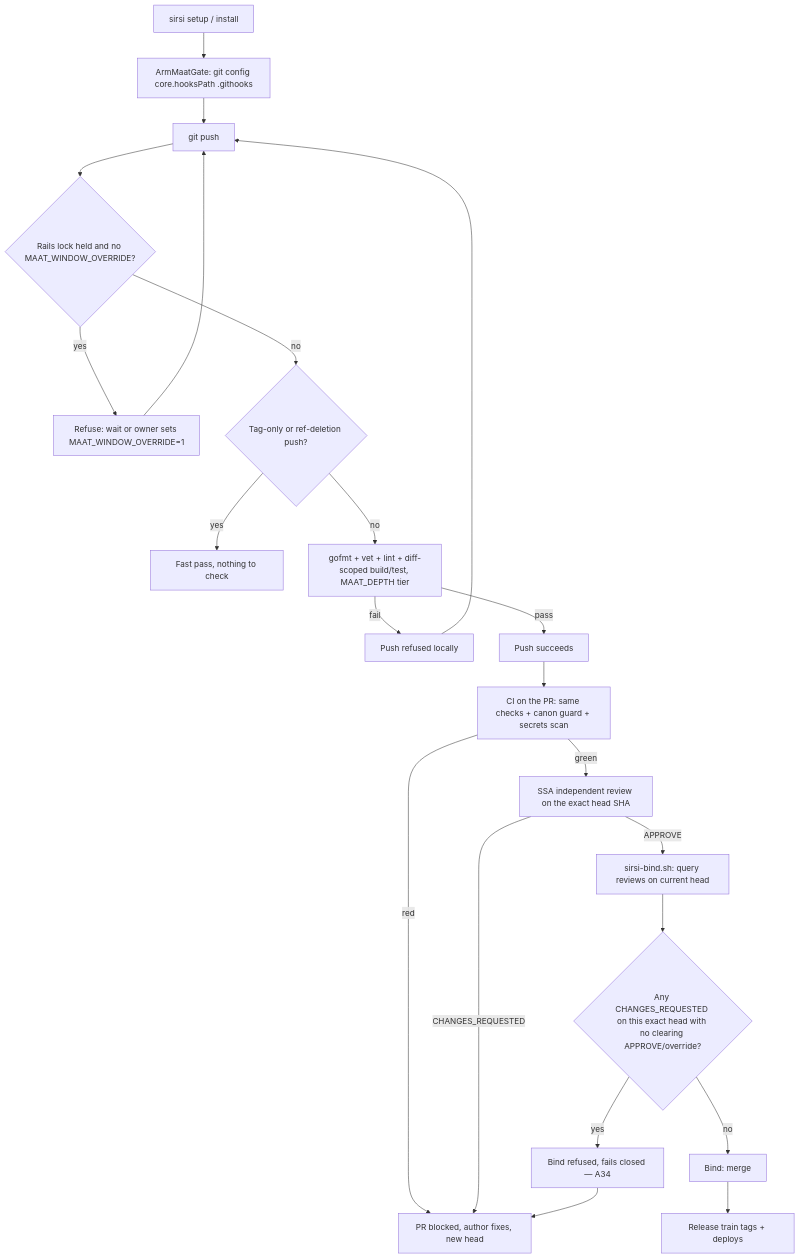
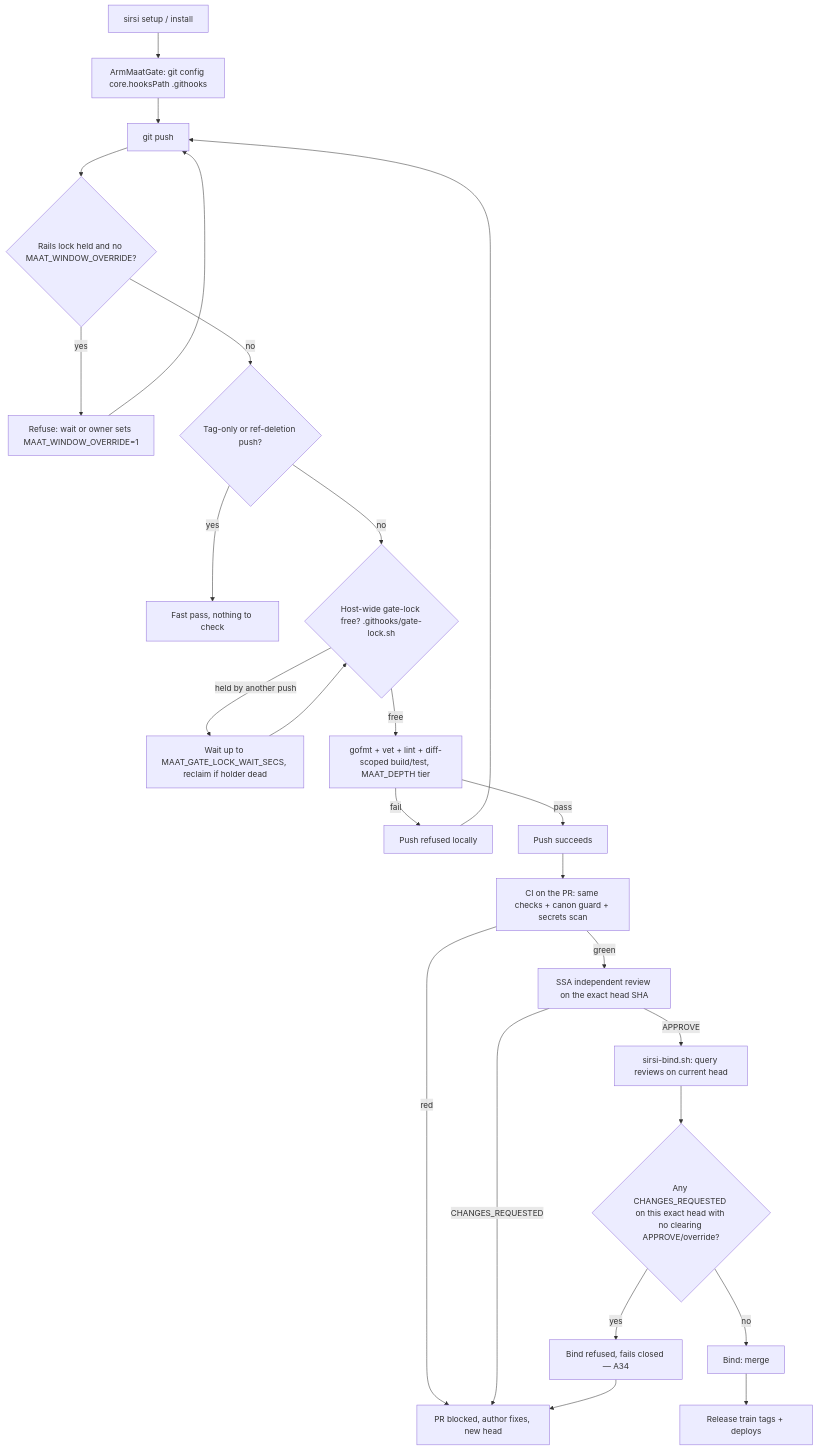
Before and after one commit to SirsiMaster/sirsi-pantheon: the first of 3 diagrams in docs/stacklab/diagrams/RA-P18-maat-gate.md, drawn with Mermaid. The commit also changed other lines of this file, not shown here.

First line of the commit message:
docs(stacklab): RA-P18 — catalog not consulted by hook/CI, add gate-lock step

````diff
--- a/docs/stacklab/diagrams/RA-P18-maat-gate.md
+++ b/docs/stacklab/diagrams/RA-P18-maat-gate.md
@@ -7,19 +8,21 @@
 ```mermaid
 flowchart TD
   A[sirsi setup / install] --> B[ArmMaatGate: git config core.hooksPath .githooks]
   B --> C[git push]
   C --> D{Rails lock held and no MAAT_WINDOW_OVERRIDE?}
   D -- yes --> R[Refuse: wait or owner sets MAAT_WINDOW_OVERRIDE=1] --> C
   D -- no --> E{Tag-only or ref-deletion push?}
   E -- yes --> F[Fast pass, nothing to check]
-  E -- no --> G[gofmt + vet + lint + diff-scoped build/test, MAAT_DEPTH tier]
+  E -- no --> GL{Host-wide gate-lock free? .githooks/gate-lock.sh}
+  GL -- held by another push --> GLW[Wait up to MAAT_GATE_LOCK_WAIT_SECS, reclaim if holder dead] --> GL
+  GL -- free --> G[gofmt + vet + lint + diff-scoped build/test, MAAT_DEPTH tier]
   G -- fail --> H[Push refused locally] --> C
   G -- pass --> I[Push succeeds] --> J[CI on the PR: same checks + canon guard + secrets scan]
   J -- red --> K[PR blocked, author fixes, new head]
   J -- green --> L[SSA independent review on the exact head SHA]
   L -- CHANGES_REQUESTED --> K
   L -- APPROVE --> M[sirsi-bind.sh: query reviews on current head]
   M --> N{Any CHANGES_REQUESTED on this exact head with no clearing APPROVE/override?}
   N -- yes --> O[Bind refused, fails closed — A34] --> K
   N -- no --> P[Bind: merge] --> Q[Release train tags + deploys]
 ```
````
